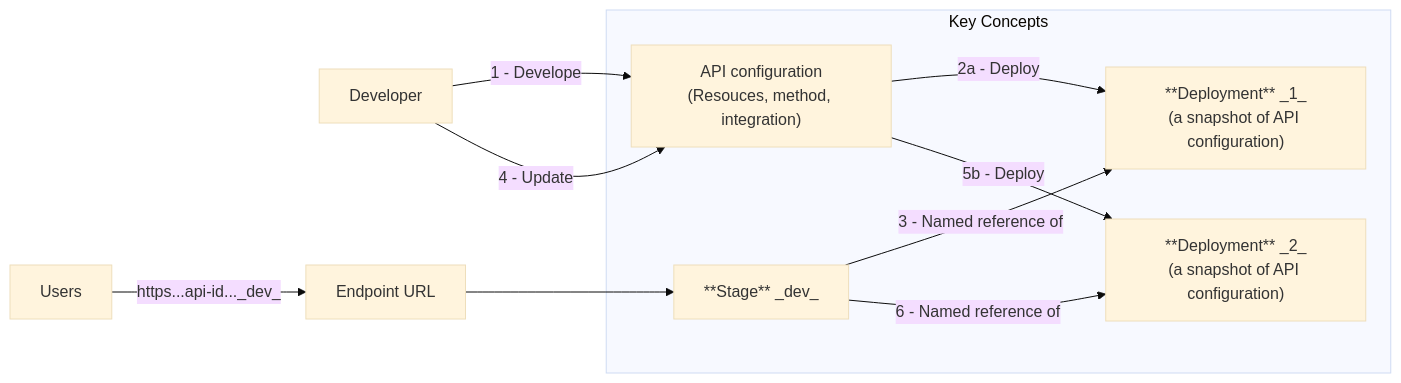
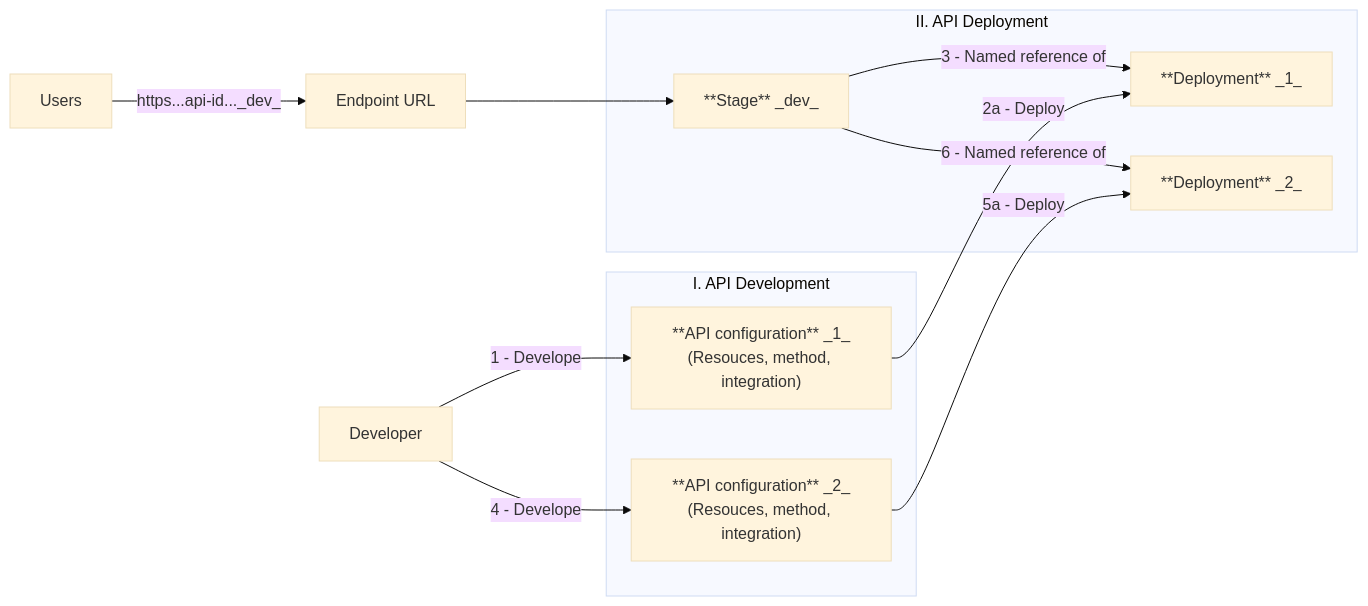
The second of 2 diagrams in diagrams/api-gateway--deployment-and-stage.md (lethang7794/fcj-rest-api-with-api-gateway-and-lambda-workshop), drawn with Mermaid (base theme) before and after one commit. The commit also changed other lines of this file, not shown here.

Commit message:
feat: add diagram to explain deployment and stage

````diff
--- a/diagrams/api-gateway--deployment-and-stage.md
+++ b/diagrams/api-gateway--deployment-and-stage.md
@@ -3,26 +36,31 @@
 ```mermaid
 graph LR
-    Dev["Developer"]
-    A["API configuration<br>(Resouces, method, integration)"]
-    C["**Deployment** _1_<br>(a snapshot of API configuration)"]
-    C2["**Deployment** _2_<br>(a snapshot of API configuration)"]
-    E[Endpoint URL]
-    U[Users]
-    S["**Stage** _dev_"]
+  Dev["Developer"]
+  C["**Deployment** _1_"]
+  C2["**Deployment** _2_"]
+  E[Endpoint URL]
+  U[Users]
+  S["**Stage** _dev_"]
+
+  subgraph I. API Development
+    A["**API configuration** _1_<br>(Resouces, method, integration)"]
+    A2["**API configuration** _2_<br>(Resouces, method, integration)"]
+  end
+
+  subgraph II. API Deployment
+    S -->|3 - Named reference of| C
+    %% C -.->|2b - _Snapshot_ of| A
+    %% C2 -.->|5b - _Snapshot_ of| A2
+    S -->|6 - Named reference of| C2
+
+    A2 -->|5a - Deploy| C2
+    A -->|2a - Deploy| C
+  end
 
 
-    subgraph Key Concepts
-      S -->|3 - Named reference of| C
-      A -->|2a - Deploy| C
-      %% C -.->|2b - Snapshot of| A
-      %% C2 -.->|5a - Snapshot of| A
-      A -->|5b - Deploy| C2
-      S -->|6 - Named reference of| C2
-    end
+  U -->|"https...api-id..._dev"_| E
+  E --> S
 
-    U -->|"https...api-id..._dev"_| E
-    E --> S
-    
-    Dev -->|1 - Develope| A 
-    Dev -->|4 - Update| A
+  Dev -->|1 - Develope| A
+  Dev -->|4 - Develope| A2
 ```
````
